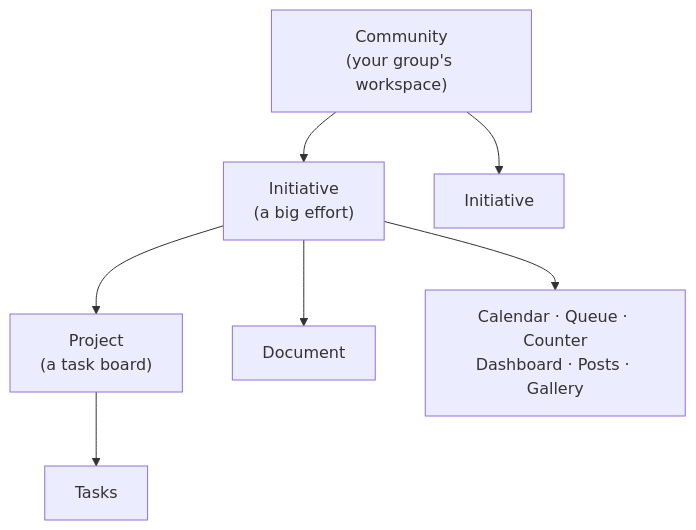
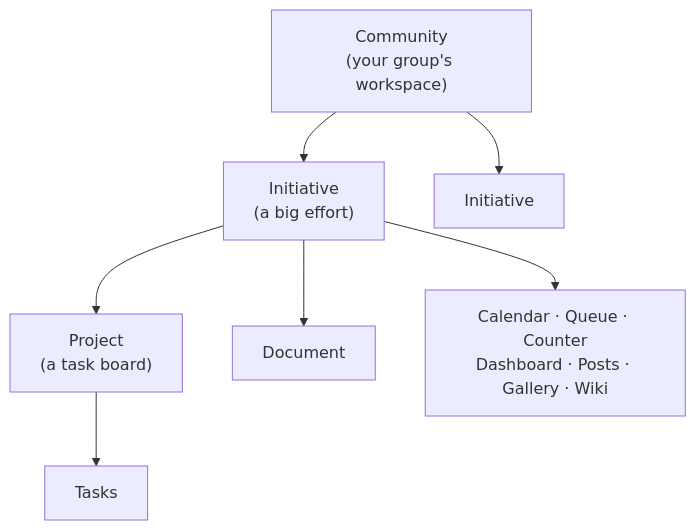
One commit to Morelitea/initiative changed the diagram in docs/en/concepts/index.md. Above: the diagram before and after it, drawn with Mermaid. The commit also changed other lines of this file and 106 other files, not shown here.

````diff
--- a/docs/en/concepts/index.md
+++ b/docs/en/concepts/index.md
@@ -11,17 +11,17 @@
 ```mermaid
 graph TD
   G["Community<br/>(your group's workspace)"]
   I1["Initiative<br/>(a big effort)"]
   I2["Initiative"]
   P1["Project<br/>(a task board)"]
   D1["Document"]
-  T1["Calendar · Queue · Counter<br/>Dashboard · Posts · Gallery"]
+  T1["Calendar · Queue · Counter<br/>Dashboard · Posts · Gallery · Wiki"]
   TASK["Tasks"]
 
   G --> I1
   G --> I2
   I1 --> P1
   I1 --> D1
   I1 --> T1
   P1 --> TASK
 ```
````
